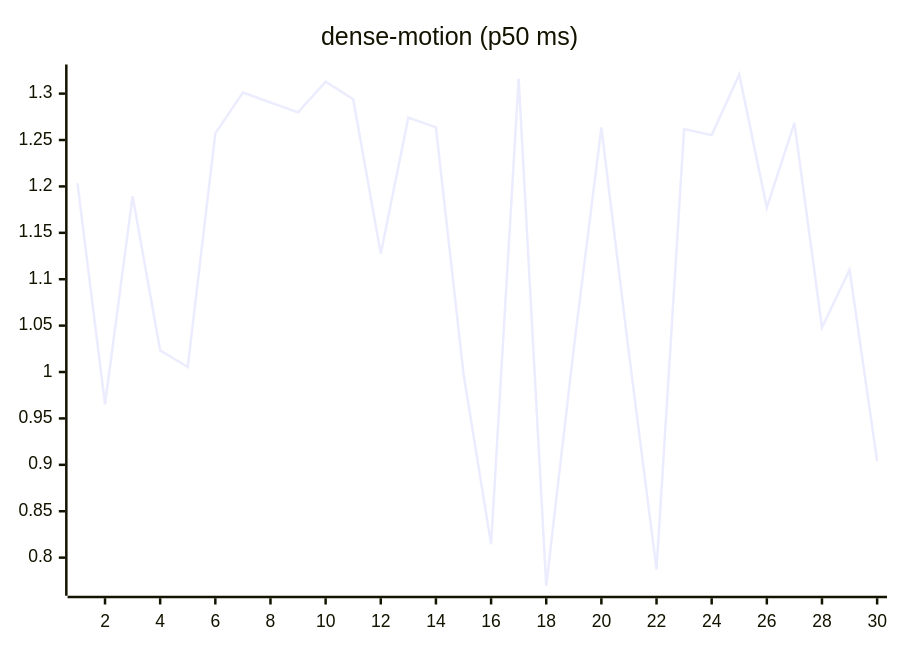
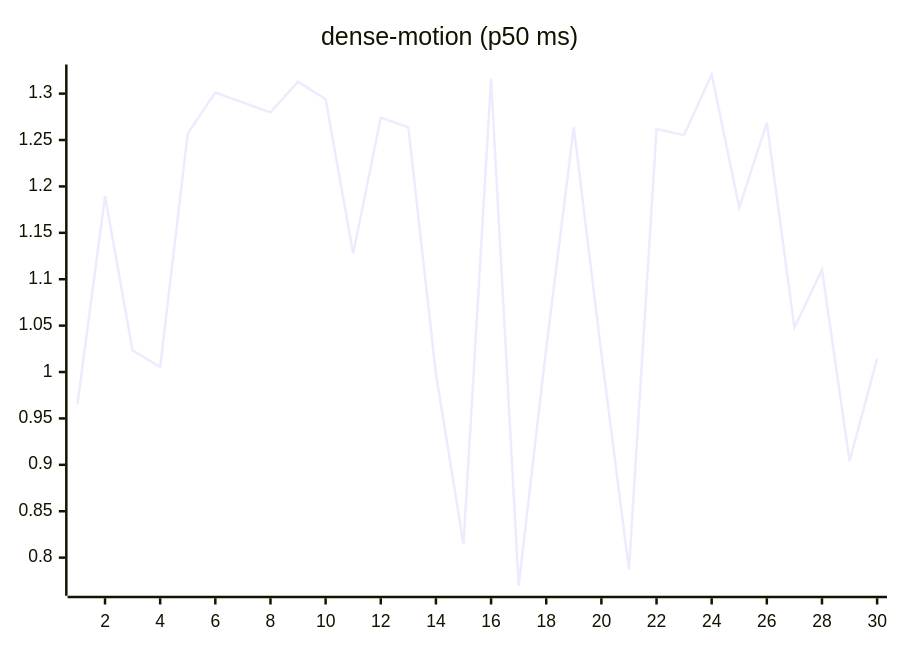
The ninth of 27 diagrams in README.md (josha/Facet), drawn with Mermaid before and after one commit. The commit also changed other lines of this file and 2 other files, not shown here.

````diff
--- a/README.md
+++ b/README.md
@@ -119,6 +119,6 @@
 ```mermaid
 xychart-beta
     title "dense-motion (p50 ms)"
     x-axis 1 --> 30
-    line [1.2037, 0.9653, 1.1895, 1.0233, 1.0054, 1.2572, 1.3012, 1.2904, 1.2798, 1.3128, 1.2940, 1.1276, 1.2742, 1.2636, 0.9981, 0.8144, 1.3160, 0.7697, 1.0258, 1.2636, 1.0200, 0.7874, 1.2619, 1.2553, 1.3206, 1.1772, 1.2685, 1.0480, 1.1102, 0.9040]
+    line [0.9653, 1.1895, 1.0233, 1.0054, 1.2572, 1.3012, 1.2904, 1.2798, 1.3128, 1.2940, 1.1276, 1.2742, 1.2636, 0.9981, 0.8144, 1.3160, 0.7697, 1.0258, 1.2636, 1.0200, 0.7874, 1.2619, 1.2553, 1.3206, 1.1772, 1.2685, 1.0480, 1.1102, 0.9040, 1.0144]
 ```
````
